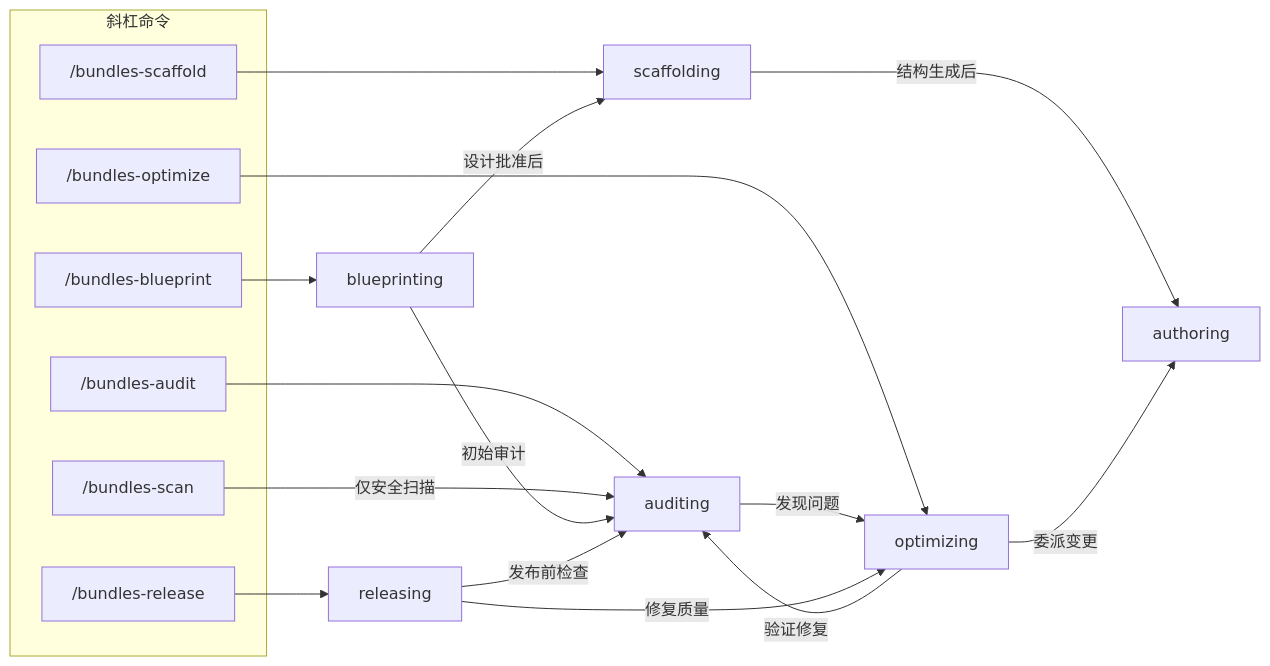
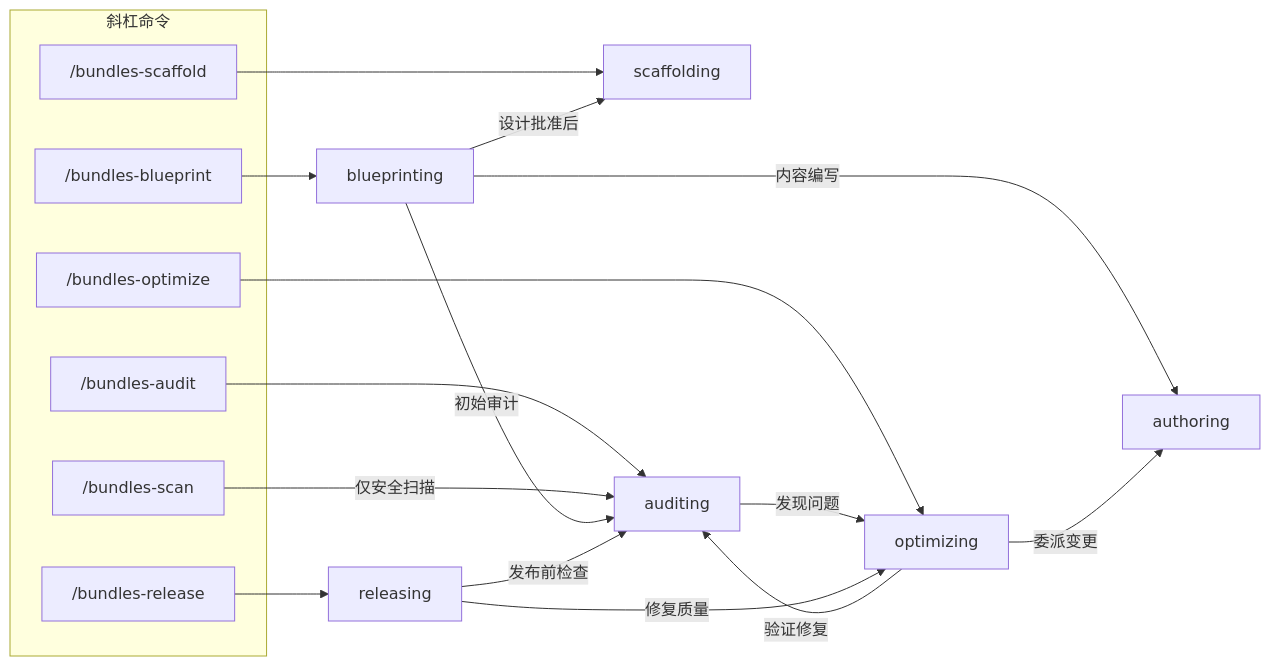
Before and after one commit to OdradekAI/skill-engineering-guide: the third of 3 diagrams in README.zh.md, drawn with Mermaid. The commit also changed other lines of this file and 6 other files, not shown here.

First line of the commit message:
docs: update blueprinting and authoring guides for clarity and consistency

````diff
--- a/README.zh.md
+++ b/README.zh.md
@@ -185,27 +184,27 @@
 ```mermaid
 flowchart LR
     subgraph commands [斜杠命令]
         CMD_BP["/bundles-blueprint"]
         CMD_SF["/bundles-scaffold"]
         CMD_AU["/bundles-audit"]
         CMD_OP["/bundles-optimize"]
         CMD_RE["/bundles-release"]
         CMD_SC["/bundles-scan"]
     end
 
     CMD_BP --> blueprinting
     CMD_SF --> scaffolding
     CMD_AU --> auditing
     CMD_OP --> optimizing
     CMD_RE --> releasing
     CMD_SC -->|"仅安全扫描"| auditing
 
     blueprinting -->|"设计批准后"| scaffolding
+    blueprinting -->|"内容编写"| authoring
     blueprinting -->|"初始审计"| auditing
-    scaffolding -->|"结构生成后"| authoring
     auditing -->|"发现问题"| optimizing
     optimizing -->|"委派变更"| authoring
     optimizing -->|"验证修复"| auditing
     releasing -->|"发布前检查"| auditing
     releasing -->|"修复质量"| optimizing
 ```
````
